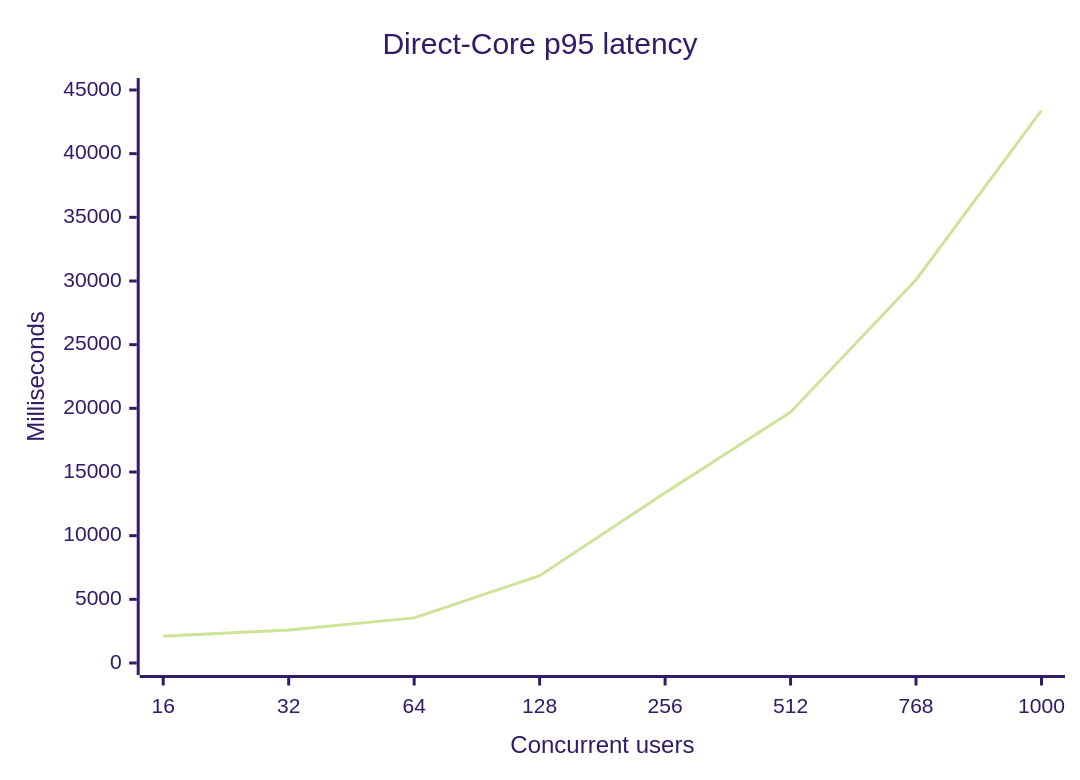
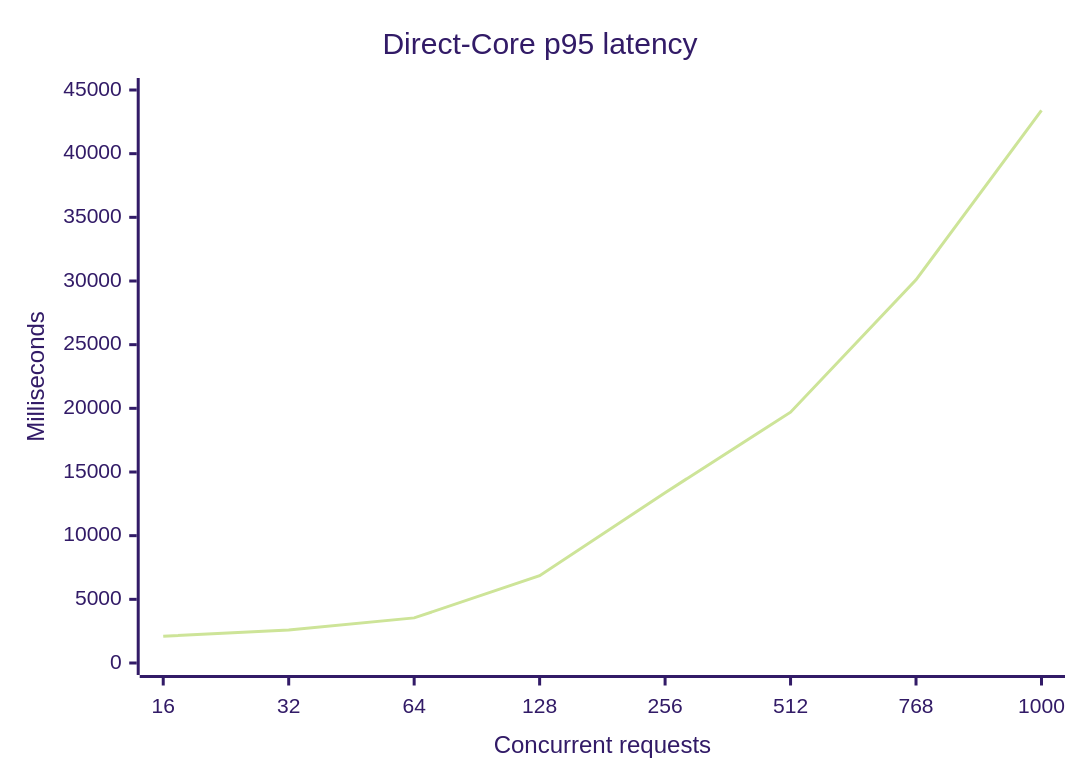
The first of 4 diagrams in docs/rag-ai/latency/eduai-summer-2026/FLEET_ROUTER_DATA_REPORT_2026-08-19.md (EduAI-Lab/EduAI), drawn with Mermaid (forest theme) before and after one commit. The commit also changed other lines of this file and 9 other files, not shown here.

````diff
--- a/docs/rag-ai/latency/eduai-summer-2026/FLEET_ROUTER_DATA_REPORT_2026-08-19.md
+++ b/docs/rag-ai/latency/eduai-summer-2026/FLEET_ROUTER_DATA_REPORT_2026-08-19.md
@@ -50,7 +52,7 @@
 ```mermaid
 xychart-beta
     title "Direct-Core p95 latency"
-    x-axis "Concurrent users" [16, 32, 64, 128, 256, 512, 768, 1000]
+    x-axis "Concurrent requests" [16, 32, 64, 128, 256, 512, 768, 1000]
     y-axis "Milliseconds" 0 --> 45000
     line [2106, 2586, 3543, 6861, 13373, 19699, 30089, 43394]
 ```
````
